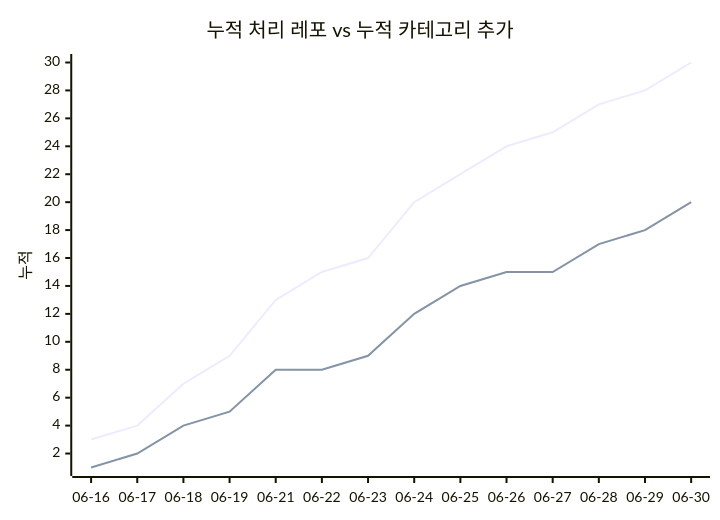
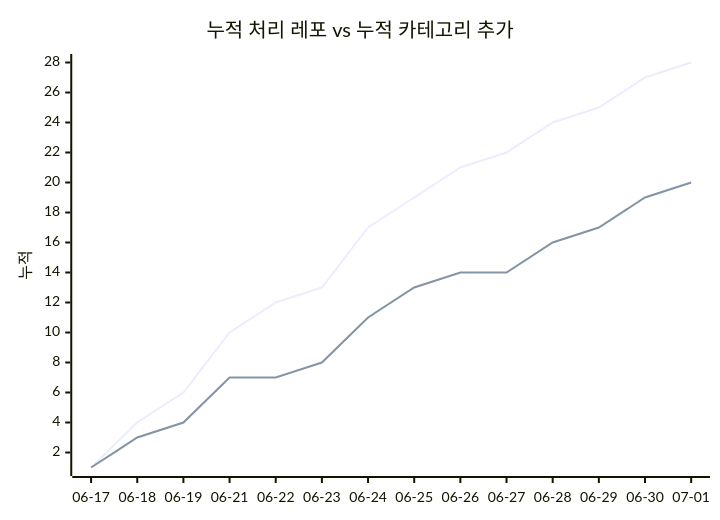
Before and after one commit to J-nowcow/awesome-korean-agent-skills: the second of 2 diagrams in docs/trends.md, drawn with Mermaid. The commit also changed other lines of this file and 4 other files, not shown here.

````diff
--- a/docs/trends.md
+++ b/docs/trends.md
@@ -68,8 +68,8 @@
 ```mermaid
 xychart-beta
     title "누적 처리 레포 vs 누적 카테고리 추가"
-    x-axis ["06-16","06-17","06-18","06-19","06-21","06-22","06-23","06-24","06-25","06-26","06-27","06-28","06-29","06-30"]
+    x-axis ["06-17","06-18","06-19","06-21","06-22","06-23","06-24","06-25","06-26","06-27","06-28","06-29","06-30","07-01"]
     y-axis "누적"
-    line [3,4,7,9,13,15,16,20,22,24,25,27,28,30]
-    line [1,2,4,5,8,8,9,12,14,15,15,17,18,20]
+    line [1,4,6,10,12,13,17,19,21,22,24,25,27,28]
+    line [1,3,4,7,7,8,11,13,14,14,16,17,19,20]
 ```
````
